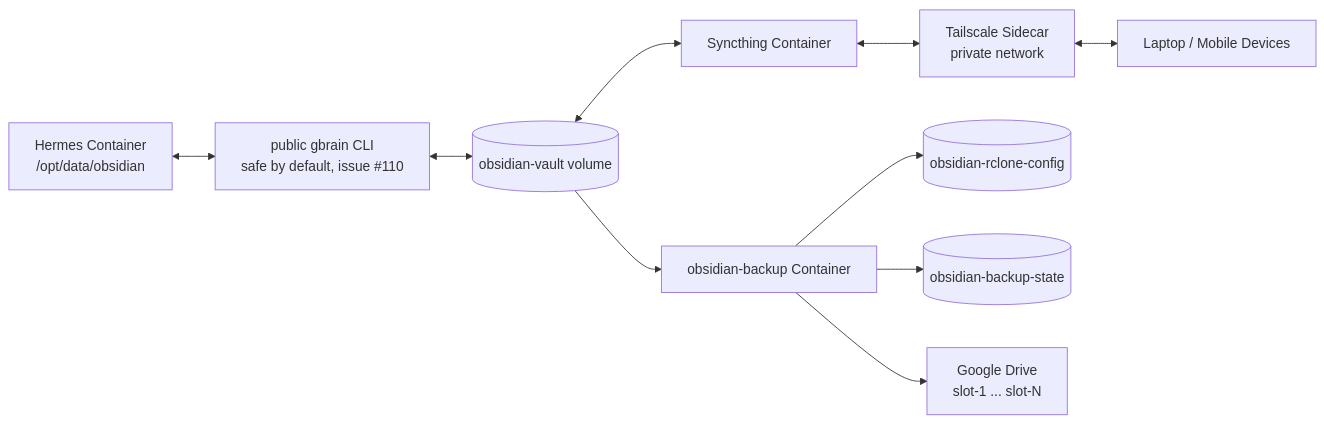
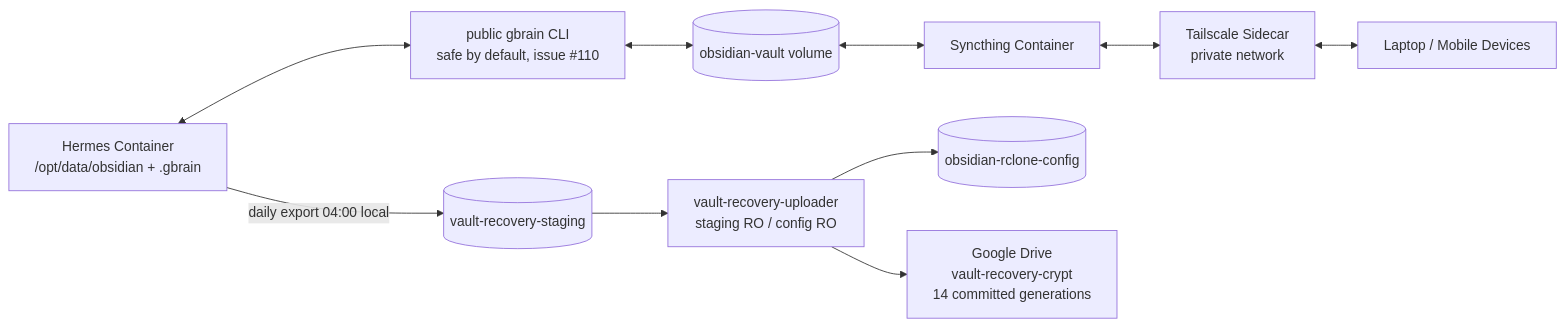
Before and after one commit to Pedrohgv/josemar-assistente: the third of 5 diagrams in README.md, drawn with Mermaid. The commit also changed other lines of this file and 42 other files, not shown here.

Commit message:
feat(vault-recovery): add encrypted off-disk recovery

````diff
--- a/README.md
+++ b/README.md
@@ -94,12 +94,12 @@
 ```mermaid
 flowchart LR
-  Hermes[Hermes Container<br/>/opt/data/obsidian] <--> GBrain[public gbrain CLI<br/>safe by default, issue #110]
+  Hermes[Hermes Container<br/>/opt/data/obsidian + .gbrain] <--> GBrain[public gbrain CLI<br/>safe by default, issue #110]
   GBrain <--> Vault[(obsidian-vault volume)]
   Vault <--> Syncthing[Syncthing Container]
   Syncthing <--> Tailscale[Tailscale Sidecar<br/>private network]
   Tailscale <--> Devices[Laptop / Mobile Devices]
-  Vault --> Backup[obsidian-backup Container]
-  Backup --> RcloneConfig[(obsidian-rclone-config)]
-  Backup --> SlotState[(obsidian-backup-state)]
-  Backup --> Drive[Google Drive<br/>slot-1 ... slot-N]
+  Hermes -->|daily export 04:00 local| Staging[(vault-recovery-staging)]
+  Staging --> Uploader[vault-recovery-uploader<br/>staging RO / config RO]
+  Uploader --> RcloneConfig[(obsidian-rclone-config)]
+  Uploader --> Drive[Google Drive<br/>vault-recovery-crypt<br/>14 committed generations]
 ```
````
